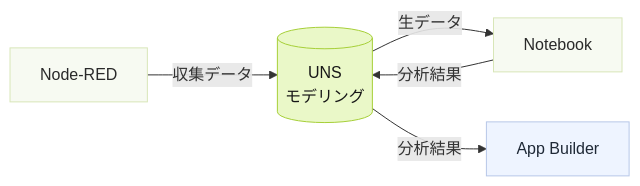
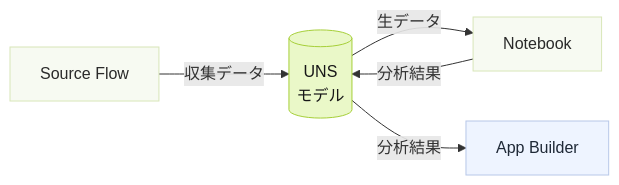
One commit to FREEZONEX/Tier0-docs-site changed the diagram in src/content/docs/ja/best-practice/analytics-apps.mdx. Above: the diagram before and after it, drawn with Mermaid. The commit also changed other lines of this file and 93 other files, not shown here.

````diff
--- a/src/content/docs/ja/best-practice/analytics-apps.mdx
+++ b/src/content/docs/ja/best-practice/analytics-apps.mdx
@@ -12,14 +12,14 @@
 ```mermaid
 flowchart LR
-  collect["Node-RED"] -->|"収集データ"| uns[("UNS<br/>モデリング")]
+  collect["Source Flow"] -->|"収集データ"| uns[("UNS<br/>モデル")]
   uns -->|"生データ"| notebook["Notebook"]
   notebook -->|"分析結果"| uns
   uns -->|"分析結果"| builder["App Builder"]
 
   classDef t0accent fill:#EAF8C8,stroke:#A6CF38,stroke-width:1px,color:#171717
   classDef t0soft fill:#F7FAF2,stroke:#D8E6B8,stroke-width:1px,color:#2A2A2A
   classDef t0agent fill:#EEF4FF,stroke:#B7C7E8,stroke-width:1px,color:#1F2937
   class uns t0accent
   class collect,notebook t0soft
   class builder t0agent
 ```
````
